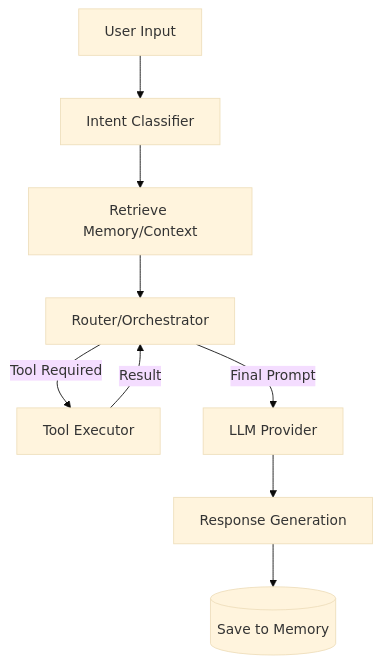
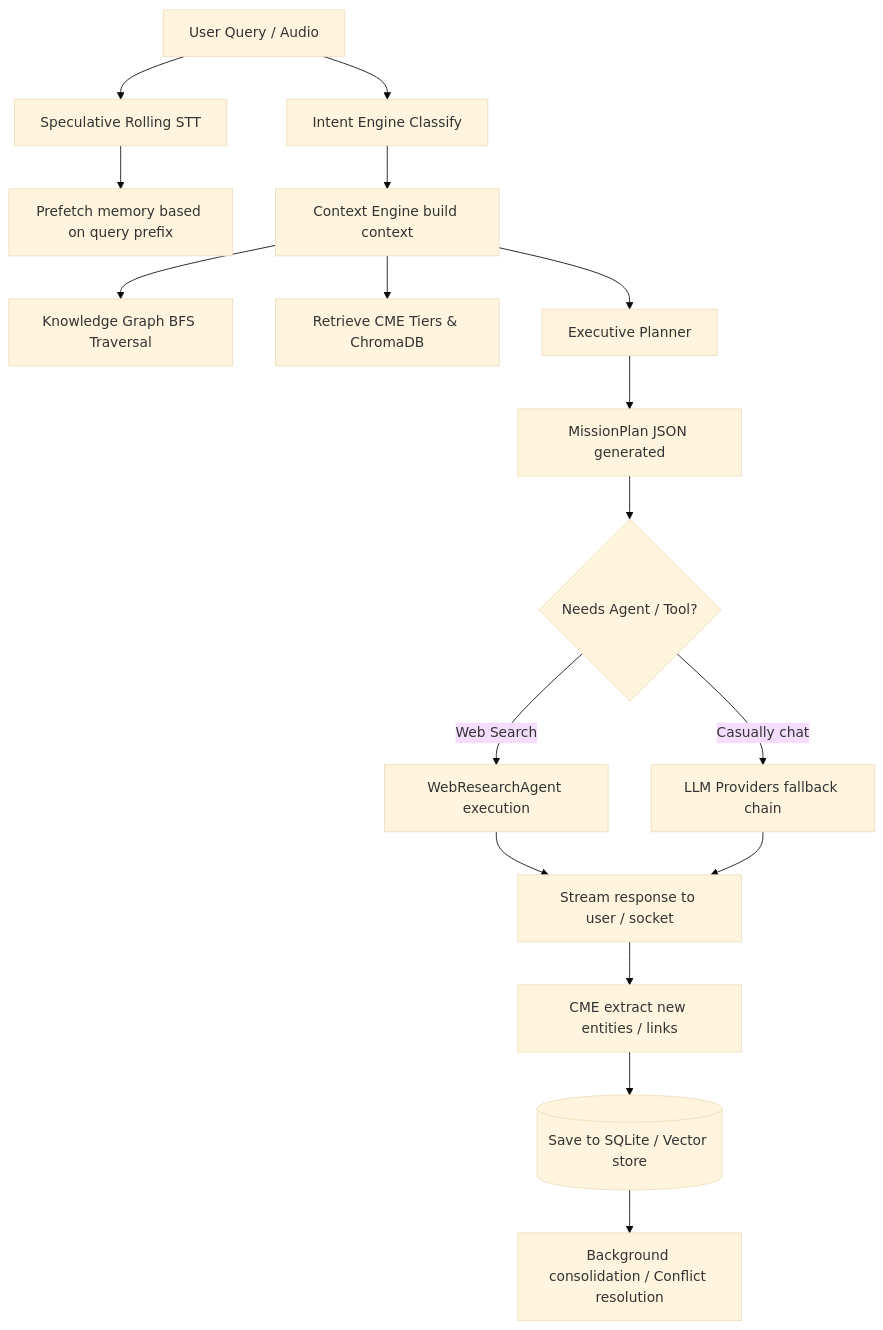
One commit to pritesh-4/Friday-Assistant changed the diagram in docs/AI_ARCHITECTURE.md. Above: the diagram before and after it, drawn with Mermaid (base theme). The commit also changed other lines of this file and 9 other files, not shown here.

````diff
--- a/docs/AI_ARCHITECTURE.md
+++ b/docs/AI_ARCHITECTURE.md
@@ -21,13 +13,24 @@
 ```mermaid
 flowchart TD
-    Input[User Input] --> Intent[Intent Classifier]
-    Intent --> Memory[Retrieve Memory/Context]
-    Memory --> Orchestrator[Router/Orchestrator]
+    Query[User Query / Audio] --> Intent[Intent Engine Classify]
+    Query --> SpecSTT[Speculative Rolling STT]
+    SpecSTT --> SpecFetch[Prefetch memory based on query prefix]
     
-    Orchestrator -->|Tool Required| ToolExecutor[Tool Executor]
-    ToolExecutor -->|Result| Orchestrator
+    Intent --> ContextEng[Context Engine build context]
+    ContextEng --> KG[Knowledge Graph BFS Traversal]
+    ContextEng --> CME[Retrieve CME Tiers & ChromaDB]
     
-    Orchestrator -->|Final Prompt| LLM[LLM Provider]
-    LLM --> Output[Response Generation]
-    Output --> SaveMemory[(Save to Memory)]
+    ContextEng --> ExecPlan[Executive Planner]
+    ExecPlan --> Mission[MissionPlan JSON generated]
+    
+    Mission --> Route{Needs Agent / Tool?}
+    Route -->|Web Search| AgentRun[WebResearchAgent execution]
+    Route -->|Casually chat| LLMCall[LLM Providers fallback chain]
+    
+    AgentRun --> StreamOut[Stream response to user / socket]
+    LLMCall --> StreamOut
+    
+    StreamOut --> Extract[CME extract new entities / links]
+    Extract --> Save[(Save to SQLite / Vector store)]
+    Save --> Consolidate[Background consolidation / Conflict resolution]
 ```
````
